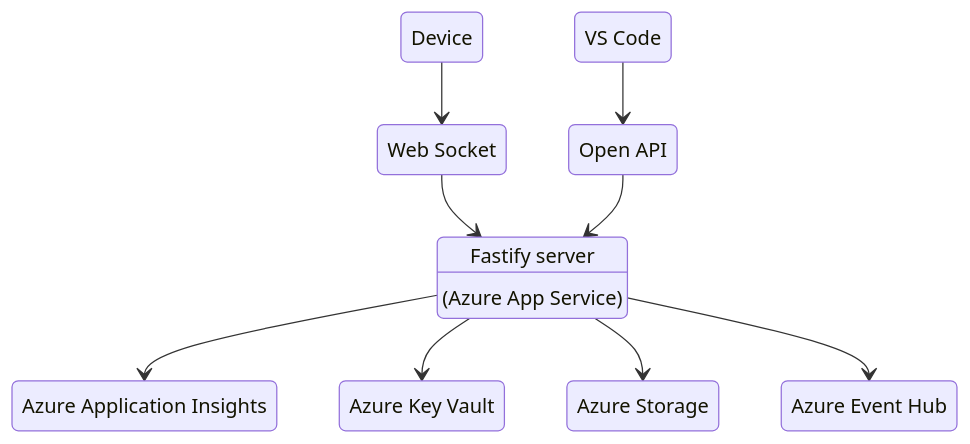
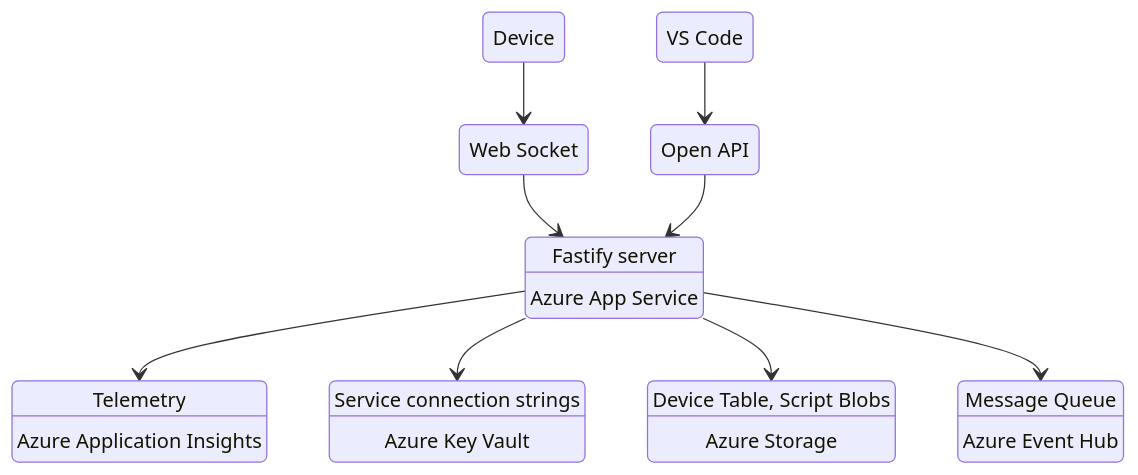
Before and after one commit to microsoft/devicescript: the second of 2 diagrams in website/docs/developer/cloud/gateway.mdx, drawn with Mermaid. The commit also changed other lines of this file, not shown here.

````diff
--- a/website/docs/developer/cloud/gateway.mdx
+++ b/website/docs/developer/cloud/gateway.mdx
@@ -108,23 +116,27 @@
 ```mermaid
 stateDiagram-v2
     web: Fastify server
     dev: Device
+    ai: Telemetry
     ai: Azure Application Insights
-    hub: Azure Event Hub
+    kv: Service connection strings
     kv: Azure Key Vault
     wssk: Web Socket
     openapi: Open API
-    web: (Azure App Service)
+    web: Azure App Service
     vscode: VS Code
+    storage: Device Table, Script Blobs
     storage: Azure Storage
+    messages: Message Queue
+    messages: Azure Event Hub
 
     dev --> wssk
     web --> ai
     web --> kv
     wssk --> web
     openapi --> web
     web --> storage
-    web --> hub
+    web --> messages
     vscode --> openapi
 
 ```
````
